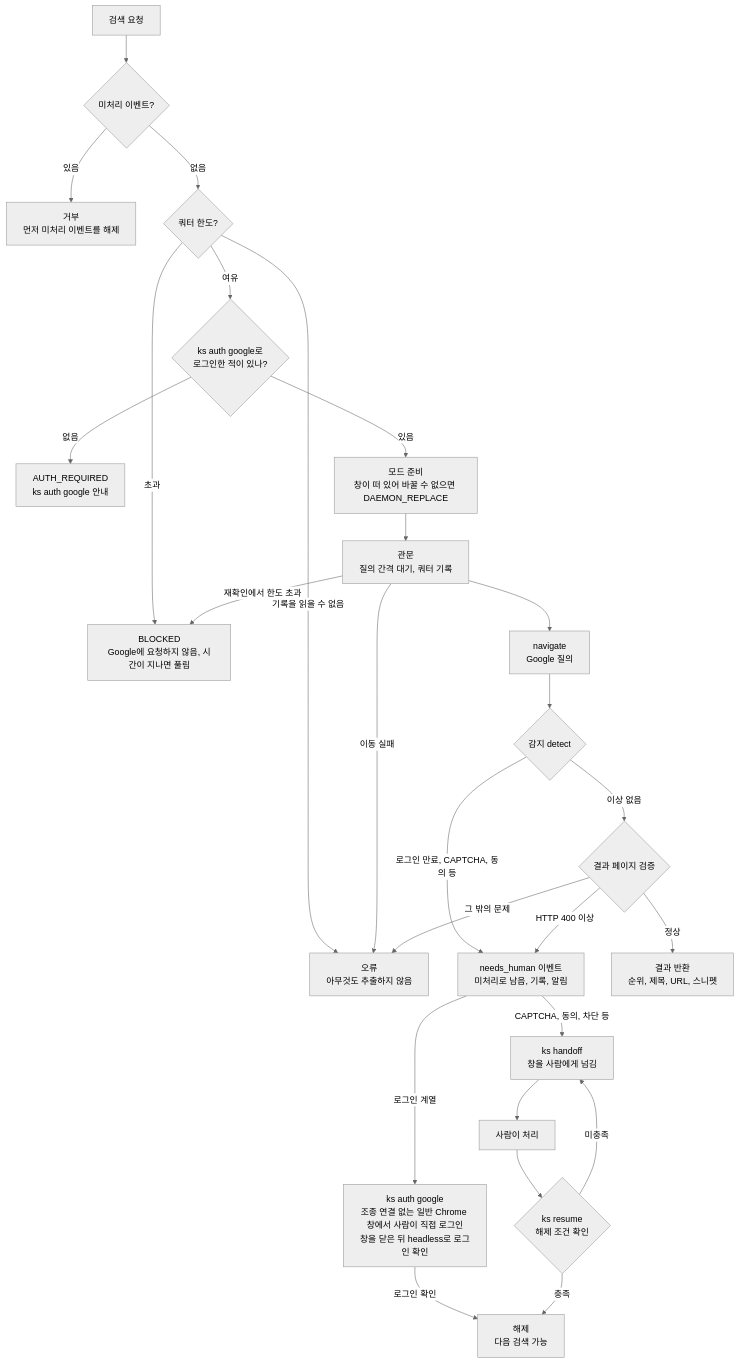
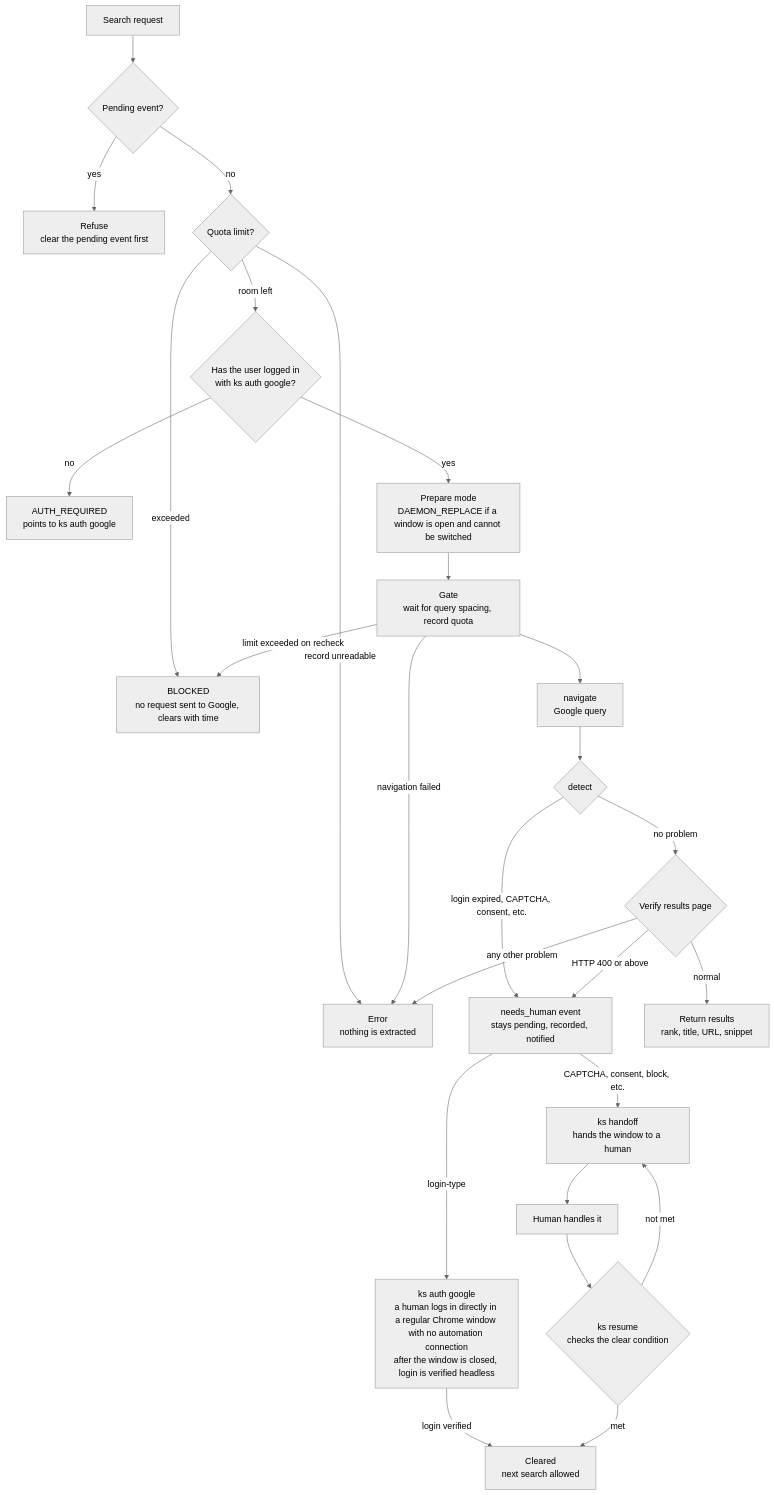
One commit to ai-dev-methodologies/knowledge-scout changed the second of 2 diagrams in README.md. Above: the diagram before and after it, drawn with Mermaid (neutral theme). The commit also changed other lines of this file and 7 other files, not shown here.

First line of the commit message:
Docs in English: README, ARCHITECTURE, and plugin skills; Korean README moves to README.ko.md

````diff
--- a/README.md
+++ b/README.md
@@ -172,28 +174,28 @@
 ```mermaid
 flowchart TB
-    REQ["검색 요청"] --> PEND{"미처리 이벤트?"}
-    PEND -->|"있음"| REFUSE["거부<br/>먼저 미처리 이벤트를 해제"]
-    PEND -->|"없음"| QUOTA{"쿼터 한도?"}
-    QUOTA -->|"초과"| QB["BLOCKED<br/>Google에 요청하지 않음, 시간이 지나면 풀림"]
-    QUOTA -->|"기록을 읽을 수 없음"| ERR
-    QUOTA -->|"여유"| AUTH{"ks auth google로<br/>로그인한 적이 있나?"}
-    AUTH -->|"없음"| AR["AUTH_REQUIRED<br/>ks auth google 안내"]
-    AUTH -->|"있음"| MODE["모드 준비<br/>창이 떠 있어 바꿀 수 없으면 DAEMON_REPLACE"]
-    MODE --> GATE["관문<br/>질의 간격 대기, 쿼터 기록"]
-    GATE -->|"재확인에서 한도 초과"| QB
-    GATE -->|"이동 실패"| ERR
-    GATE --> NAV["navigate<br/>Google 질의"]
-    NAV --> DET{"감지 detect"}
-    DET -->|"로그인 만료, CAPTCHA, 동의 등"| NH["needs_human 이벤트<br/>미처리로 남음, 기록, 알림"]
-    DET -->|"이상 없음"| VER{"결과 페이지 검증"}
-    VER -->|"정상"| OUT["결과 반환<br/>순위, 제목, URL, 스니펫"]
-    VER -->|"HTTP 400 이상"| NH
-    VER -->|"그 밖의 문제"| ERR["오류<br/>아무것도 추출하지 않음"]
-    NH -->|"로그인 계열"| AUTHG["ks auth google<br/>조종 연결 없는 일반 Chrome 창에서 사람이 직접 로그인<br/>창을 닫은 뒤 headless로 로그인 확인"]
-    AUTHG -->|"로그인 확인"| CLEAR
-    NH -->|"CAPTCHA, 동의, 차단 등"| HO["ks handoff<br/>창을 사람에게 넘김"]
-    HO --> DO["사람이 처리"]
-    DO --> RES{"ks resume<br/>해제 조건 확인"}
-    RES -->|"충족"| CLEAR["해제<br/>다음 검색 가능"]
-    RES -->|"미충족"| HO
+    REQ["Search request"] --> PEND{"Pending event?"}
+    PEND -->|"yes"| REFUSE["Refuse<br/>clear the pending event first"]
+    PEND -->|"no"| QUOTA{"Quota limit?"}
+    QUOTA -->|"exceeded"| QB["BLOCKED<br/>no request sent to Google, clears with time"]
+    QUOTA -->|"record unreadable"| ERR
+    QUOTA -->|"room left"| AUTH{"Has the user logged in<br/>with ks auth google?"}
+    AUTH -->|"no"| AR["AUTH_REQUIRED<br/>points to ks auth google"]
+    AUTH -->|"yes"| MODE["Prepare mode<br/>DAEMON_REPLACE if a window is open and cannot be switched"]
+    MODE --> GATE["Gate<br/>wait for query spacing, record quota"]
+    GATE -->|"limit exceeded on recheck"| QB
+    GATE -->|"navigation failed"| ERR
+    GATE --> NAV["navigate<br/>Google query"]
+    NAV --> DET{"detect"}
+    DET -->|"login expired, CAPTCHA, consent, etc."| NH["needs_human event<br/>stays pending, recorded, notified"]
+    DET -->|"no problem"| VER{"Verify results page"}
+    VER -->|"normal"| OUT["Return results<br/>rank, title, URL, snippet"]
+    VER -->|"HTTP 400 or above"| NH
+    VER -->|"any other problem"| ERR["Error<br/>nothing is extracted"]
+    NH -->|"login-type"| AUTHG["ks auth google<br/>a human logs in directly in a regular Chrome window with no automation connection<br/>after the window is closed, login is verified headless"]
+    AUTHG -->|"login verified"| CLEAR
+    NH -->|"CAPTCHA, consent, block, etc."| HO["ks handoff<br/>hands the window to a human"]
+    HO --> DO["Human handles it"]
+    DO --> RES{"ks resume<br/>checks the clear condition"}
+    RES -->|"met"| CLEAR["Cleared<br/>next search allowed"]
+    RES -->|"not met"| HO
 ```
````
